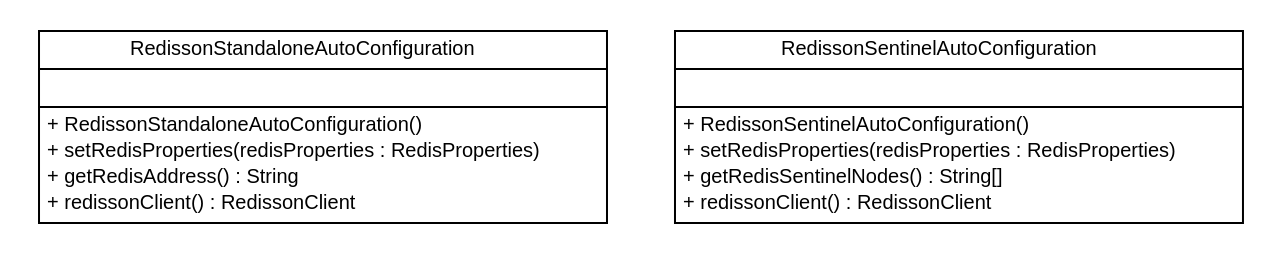
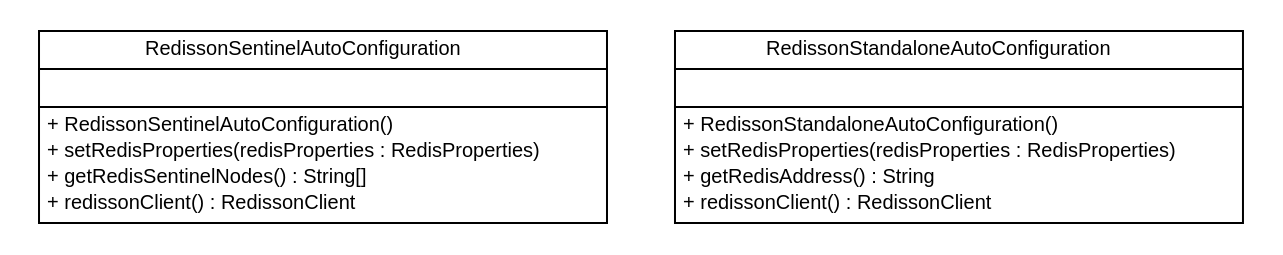
The diagram in release/build-docker/cloud-ready-parent/spring-boot-starter-redisson/apidocs/top/infra/cloudready/boot/top.infra.cloudready.boot.dot (cloud-ready/cloud-ready), drawn with Graphviz before and after one commit. The commit also changed 99 other files, not shown here.

Commit message:
Creating site for spring-boot-starter-redisson-1.0.3.U2

```diff
--- a/release/build-docker/cloud-ready-parent/spring-boot-starter-redisson/apidocs/top/infra/cloudready/boot/top.infra.cloudready.boot.dot
+++ b/release/build-docker/cloud-ready-parent/spring-boot-starter-redisson/apidocs/top/infra/cloudready/boot/top.infra.cloudready.boot.dot
@@ -1,42 +1,42 @@
 #!/usr/local/bin/dot
 #
 # Class diagram 
 # Generated by UMLGraph version R5_6-24-gf6e263 (http://www.umlgraph.org/)
 #
 
 digraph G {
 	edge [fontname="Helvetica",fontsize=10,labelfontname="Helvetica",labelfontsize=10];
 	node [fontname="Helvetica",fontsize=10,shape=plaintext];
 	nodesep=0.25;
 	ranksep=0.5;
+	// top.infra.cloudready.boot.RedissonSentinelAutoConfiguration
+	c0 [label=<<table title="top.infra.cloudready.boot.RedissonSentinelAutoConfiguration" border="0" cellborder="1" cellspacing="0" cellpadding="2" port="p" href="./RedissonSentinelAutoConfiguration.html">
+		<tr><td><table border="0" cellspacing="0" cellpadding="1">
+<tr><td align="center" balign="center"> RedissonSentinelAutoConfiguration </td></tr>
+		</table></td></tr>
+		<tr><td><table border="0" cellspacing="0" cellpadding="1">
+<tr><td align="left" balign="left">  </td></tr>
+		</table></td></tr>
+		<tr><td><table border="0" cellspacing="0" cellpadding="1">
+<tr><td align="left" balign="left"> + RedissonSentinelAutoConfiguration() </td></tr>
+<tr><td align="left" balign="left"> + setRedisProperties(redisProperties : RedisProperties) </td></tr>
+<tr><td align="left" balign="left"> + getRedisSentinelNodes() : String[] </td></tr>
+<tr><td align="left" balign="left"> + redissonClient() : RedissonClient </td></tr>
+		</table></td></tr>
+		</table>>, URL="./RedissonSentinelAutoConfiguration.html", fontname="Helvetica", fontcolor="black", fontsize=10.0];
 	// top.infra.cloudready.boot.RedissonStandaloneAutoConfiguration
-	c0 [label=<<table title="top.infra.cloudready.boot.RedissonStandaloneAutoConfiguration" border="0" cellborder="1" cellspacing="0" cellpadding="2" port="p" href="./RedissonStandaloneAutoConfiguration.html">
+	c1 [label=<<table title="top.infra.cloudready.boot.RedissonStandaloneAutoConfiguration" border="0" cellborder="1" cellspacing="0" cellpadding="2" port="p" href="./RedissonStandaloneAutoConfiguration.html">
 		<tr><td><table border="0" cellspacing="0" cellpadding="1">
 <tr><td align="center" balign="center"> RedissonStandaloneAutoConfiguration </td></tr>
 		</table></td></tr>
 		<tr><td><table border="0" cellspacing="0" cellpadding="1">
 <tr><td align="left" balign="left">  </td></tr>
 		</table></td></tr>
 		<tr><td><table border="0" cellspacing="0" cellpadding="1">
 <tr><td align="left" balign="left"> + RedissonStandaloneAutoConfiguration() </td></tr>
 <tr><td align="left" balign="left"> + setRedisProperties(redisProperties : RedisProperties) </td></tr>
 <tr><td align="left" balign="left"> + getRedisAddress() : String </td></tr>
 <tr><td align="left" balign="left"> + redissonClient() : RedissonClient </td></tr>
 		</table></td></tr>
 		</table>>, URL="./RedissonStandaloneAutoConfiguration.html", fontname="Helvetica", fontcolor="black", fontsize=10.0];
-	// top.infra.cloudready.boot.RedissonSentinelAutoConfiguration
-	c1 [label=<<table title="top.infra.cloudready.boot.RedissonSentinelAutoConfiguration" border="0" cellborder="1" cellspacing="0" cellpadding="2" port="p" href="./RedissonSentinelAutoConfiguration.html">
-		<tr><td><table border="0" cellspacing="0" cellpadding="1">
-<tr><td align="center" balign="center"> RedissonSentinelAutoConfiguration </td></tr>
-		</table></td></tr>
-		<tr><td><table border="0" cellspacing="0" cellpadding="1">
-<tr><td align="left" balign="left">  </td></tr>
-		</table></td></tr>
-		<tr><td><table border="0" cellspacing="0" cellpadding="1">
-<tr><td align="left" balign="left"> + RedissonSentinelAutoConfiguration() </td></tr>
-<tr><td align="left" balign="left"> + setRedisProperties(redisProperties : RedisProperties) </td></tr>
-<tr><td align="left" balign="left"> + getRedisSentinelNodes() : String[] </td></tr>
-<tr><td align="left" balign="left"> + redissonClient() : RedissonClient </td></tr>
-		</table></td></tr>
-		</table>>, URL="./RedissonSentinelAutoConfiguration.html", fontname="Helvetica", fontcolor="black", fontsize=10.0];
 }
```
